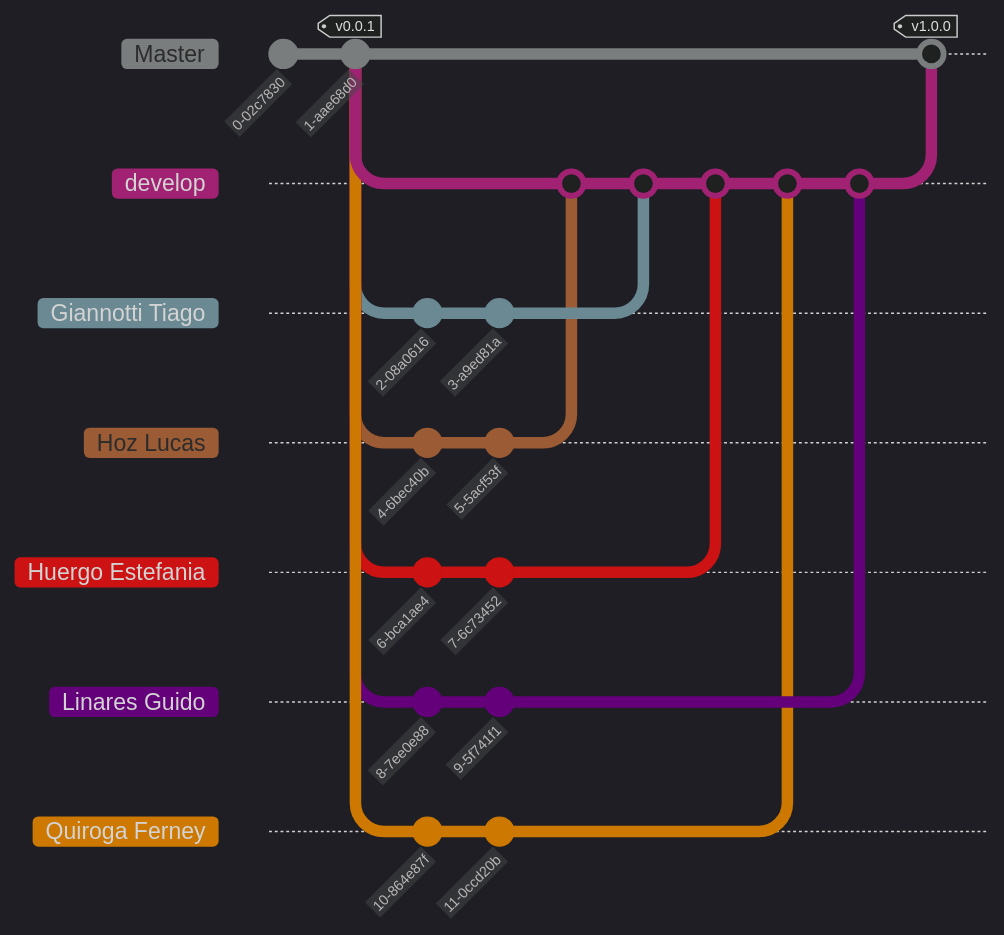
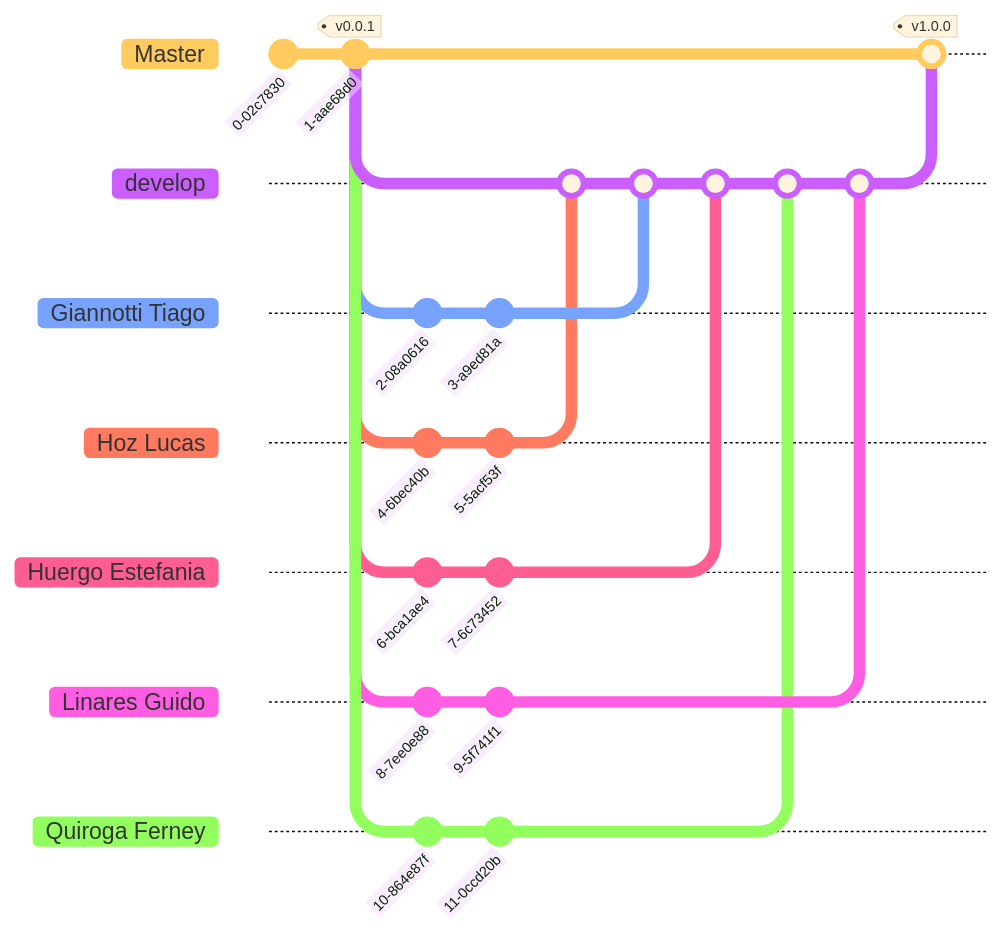
The diagram in README.md (hozlucas28/C-Practical-Work-2024), drawn with Mermaid before and after one commit. Commit ids are hidden.

Commit message:
fix: team workflow diagram style on light theme on

````diff
--- a/README.md
+++ b/README.md
@@ -237,34 +237,44 @@
 ```mermaid
-%%{init: { 'logLevel': 'debug', 'theme': 'dark', 'gitGraph': {'showBranches': true, 'showCommitLabel': true, 'mainBranchName': 'Master', 'parallelCommits': true}} }%%
-    gitGraph:
-        commit
-        commit tag: "v0.0.1"
-        branch develop
-        branch "Giannotti Tiago"
-        commit
-        commit
-        checkout develop
-        branch "Hoz Lucas"
-        commit
-        commit
-        checkout develop
-        branch "Huergo Estefania"
-        commit
-        commit
-        checkout develop
-        branch "Linares Guido"
-        commit
-        commit
-        checkout develop
-        branch "Quiroga Ferney"
-        commit
-        commit
-        checkout develop
-        merge "Hoz Lucas"
-        merge "Giannotti Tiago"
-        merge "Huergo Estefania"
-        merge "Quiroga Ferney"
-        merge "Linares Guido"
-        checkout Master
-        merge develop tag: "v1.0.0"
+---
+config:
+  logLevel: debug
+  theme: base
+  gitGraph:
+    showBranches: true
+    showCommitLabel: true
+    mainBranchName: Master
+    parallelCommits: true
+---
+
+gitGraph:
+    commit
+    commit tag: "v0.0.1"
+    branch develop
+    branch "Giannotti Tiago"
+    commit
+    commit
+    checkout develop
+    branch "Hoz Lucas"
+    commit
+    commit
+    checkout develop
+    branch "Huergo Estefania"
+    commit
+    commit
+    checkout develop
+    branch "Linares Guido"
+    commit
+    commit
+    checkout develop
+    branch "Quiroga Ferney"
+    commit
+    commit
+    checkout develop
+    merge "Hoz Lucas"
+    merge "Giannotti Tiago"
+    merge "Huergo Estefania"
+    merge "Quiroga Ferney"
+    merge "Linares Guido"
+    checkout Master
+    merge develop tag: "v1.0.0"
 ```
````
